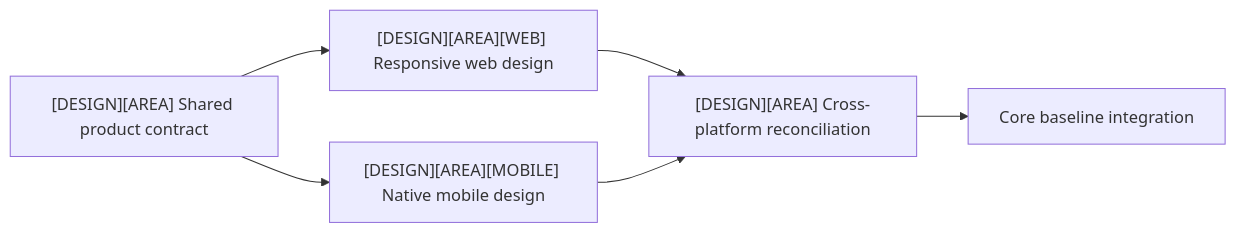
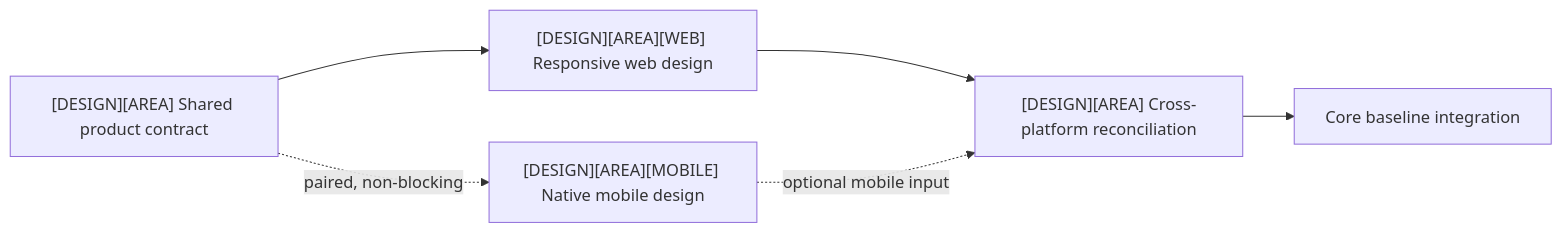
The first of 2 diagrams in design/roadmap.md (starkovalera/recipe-manager), drawn with Mermaid before and after one commit. The commit also changed other lines of this file and 18 other files, not shown here.

````diff
--- a/design/roadmap.md
+++ b/design/roadmap.md
@@ -45,9 +75,9 @@
 ```mermaid
 flowchart LR
   contract["[DESIGN][AREA] Shared product contract"]
   contract --> web["[DESIGN][AREA][WEB] Responsive web design"]
-  contract --> mobile["[DESIGN][AREA][MOBILE] Native mobile design"]
+  contract -. paired, non-blocking .-> mobile["[DESIGN][AREA][MOBILE] Native mobile design"]
   web --> reconcile["[DESIGN][AREA] Cross-platform reconciliation"]
-  mobile --> reconcile
+  mobile -. optional mobile input .-> reconcile
   reconcile --> baseline["Core baseline integration"]
 ```
````
